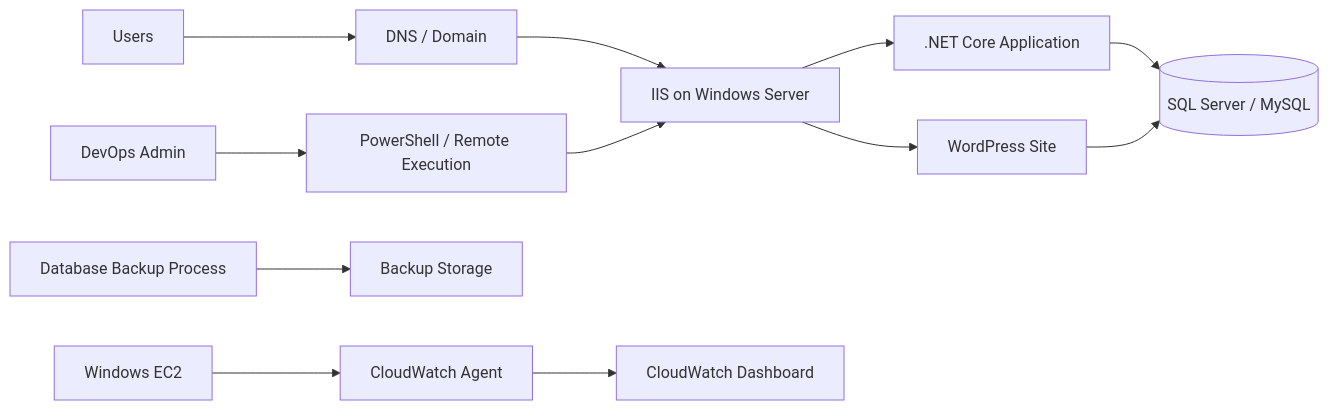
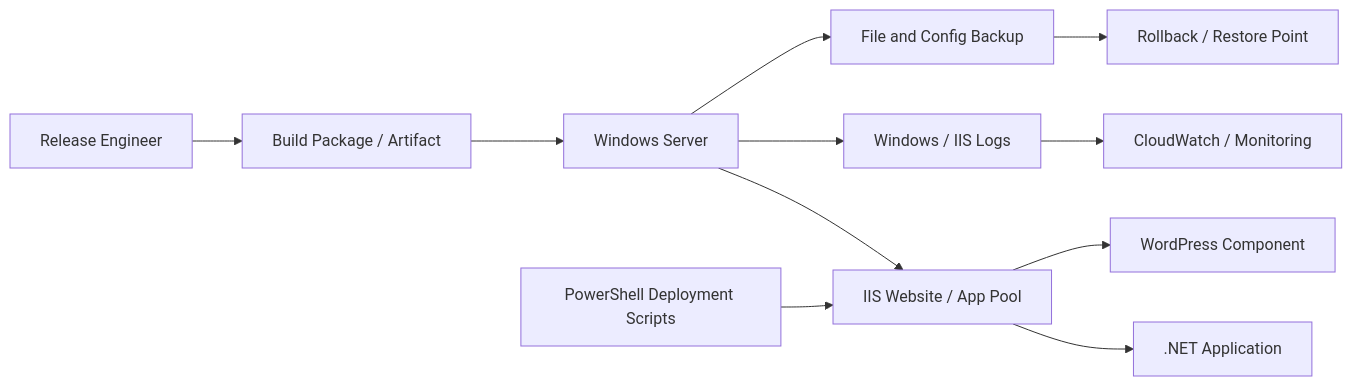
Before and after one commit to saurabhdindokar/saurabhdindokar.github.io: the diagram in project-pocs/05-fitness-wellness-windows-iis-poc.md, drawn with Mermaid. The commit also changed other lines of this file and 28 other files, not shown here.

````diff
--- a/project-pocs/05-fitness-wellness-windows-iis-poc.md
+++ b/project-pocs/05-fitness-wellness-windows-iis-poc.md
@@ -17,14 +24,13 @@
 ```mermaid
 flowchart LR
-  Users[Users] --> DNS[DNS / Domain]
-  DNS --> IIS[IIS on Windows Server]
-  IIS --> DotNet[.NET Core Application]
-  IIS --> WP[WordPress Site]
-  DotNet --> DB[(SQL Server / MySQL)]
-  WP --> DB
-  Server[Windows EC2] --> Agent[CloudWatch Agent]
-  Agent --> CW[CloudWatch Dashboard]
-  Backup[Database Backup Process] --> Storage[Backup Storage]
-  Admin[DevOps Admin] --> PS[PowerShell / Remote Execution]
-  PS --> IIS
+  Admin[Release Engineer] --> Package[Build Package / Artifact]
+  Package --> Win[Windows Server]
+  Win --> IIS[IIS Website / App Pool]
+  IIS --> DotNet[.NET Application]
+  IIS --> WP[WordPress Component]
+  Scripts[PowerShell Deployment Scripts] --> IIS
+  Win --> Logs[Windows / IIS Logs]
+  Win --> Backup[File and Config Backup]
+  Logs --> Monitor[CloudWatch / Monitoring]
+  Backup --> Restore[Rollback / Restore Point]
 ```
````
